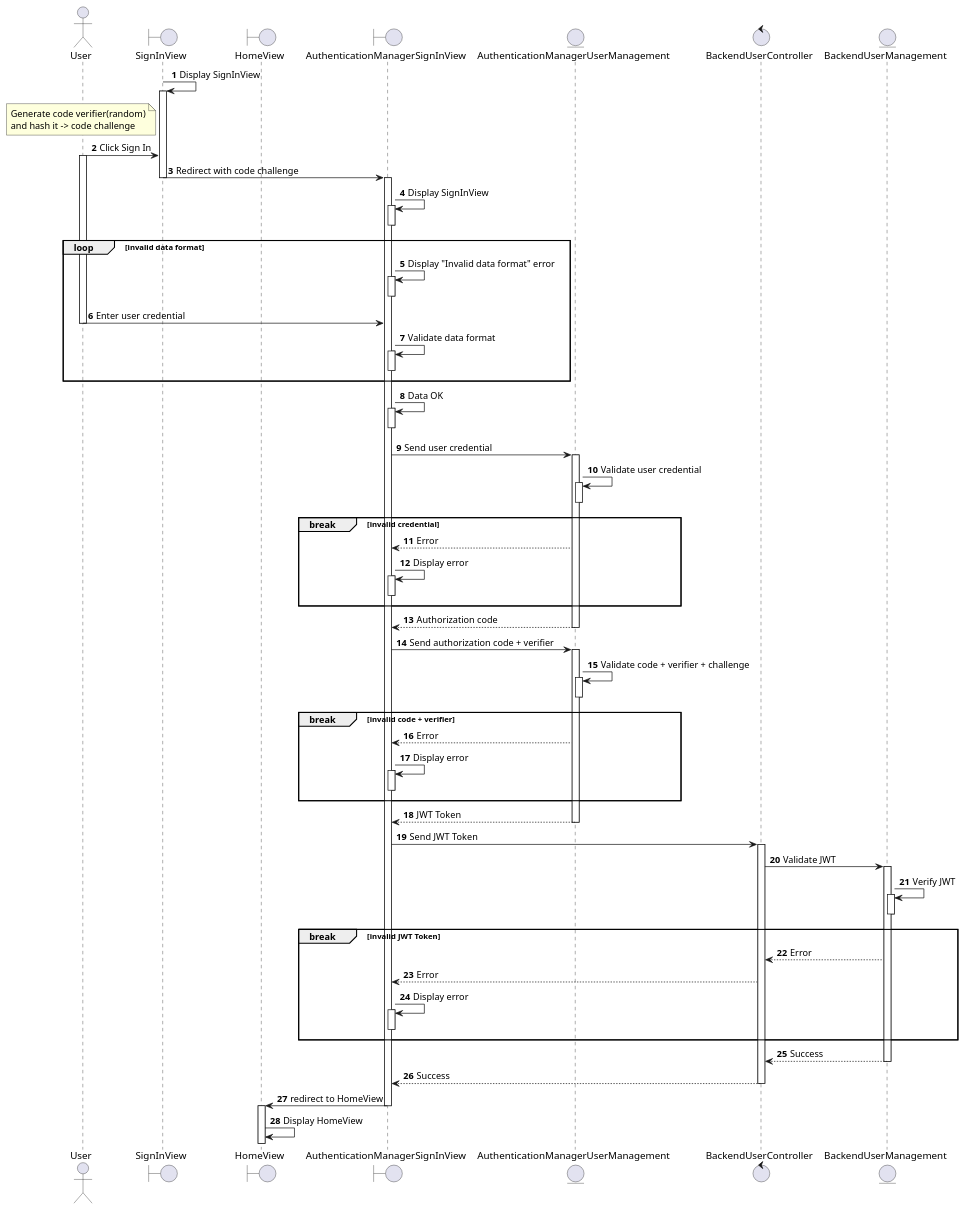
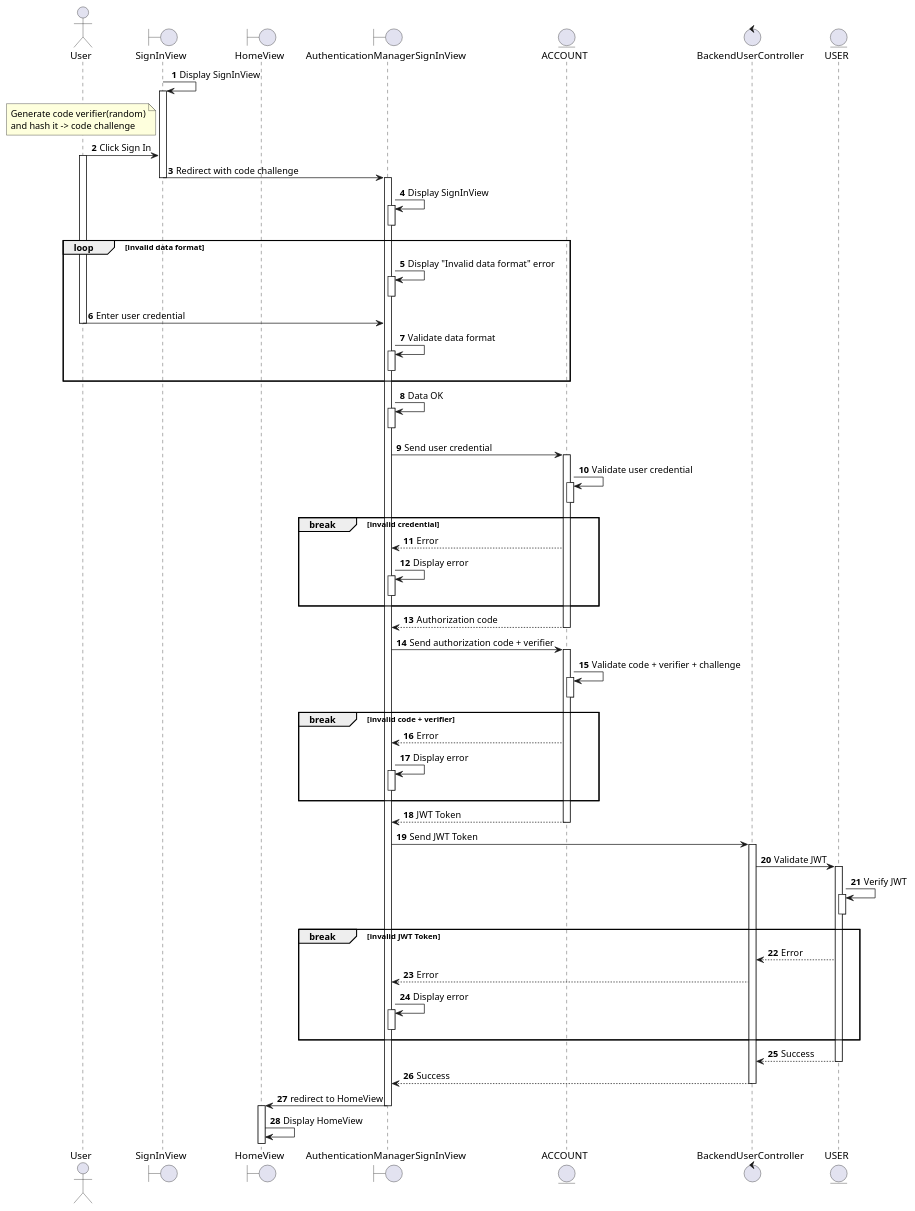
One commit to electricilies/electricilies.github.io changed the diagram in docs/docs/sequence/auth/sign-in.md. Above: the diagram before and after it, drawn with PlantUML. The commit also changed 1 other file, not shown here.

Commit message:
fix(sign-up,sign-in): rename entity

```diff
--- a/docs/docs/sequence/auth/sign-in.md
+++ b/docs/docs/sequence/auth/sign-in.md
@@ -8,9 +8,9 @@
 boundary SignInView as SIV
 boundary HomeView as HV
 boundary AuthenticationManagerSignInView as AMSIV
-entity AuthenticationManagerUserManagement as AMUM
+entity ACCOUNT as A
 control BackendUserController as BUC
-entity BackendUserManagement as BUM
+entity USER as US
 
 SIV -> SIV: Display SignInView
 activate SIV
@@ -35,62 +35,64 @@
   activate AMSIV
   deactivate AMSIV
 end
+
 AMSIV -> AMSIV: Data OK
 activate AMSIV
 deactivate AMSIV
-AMSIV -> AMUM: Send user credential
-activate AMUM
 
-AMUM -> AMUM: Validate user credential
-activate AMUM
-deactivate AMUM
+AMSIV -> A: Send user credential
+activate A
+
+A -> A: Validate user credential
+activate A
+deactivate A
 
 break invalid credential
-  AMSIV <-- AMUM: Error
+  AMSIV <-- A: Error
   AMSIV -> AMSIV: Display error
   activate AMSIV
   deactivate AMSIV
   deactivate U
 end
-AMSIV <-- AMUM: Authorization code
-deactivate AMUM
 
-AMSIV -> AMUM: Send authorization code + verifier
-activate AMUM
-AMUM -> AMUM: Validate code + verifier + challenge
-activate AMUM
-deactivate AMUM
+AMSIV <-- A: Authorization code
+deactivate A
+
+AMSIV -> A: Send authorization code + verifier
+activate A
+A -> A: Validate code + verifier + challenge
+activate A
+deactivate A
 
 break invalid code + verifier
-  AMSIV <-- AMUM: Error
+  AMSIV <-- A: Error
   AMSIV -> AMSIV: Display error
   activate AMSIV
   deactivate AMSIV
 end
 
-AMSIV <-- AMUM: JWT Token
-deactivate AMUM
+AMSIV <-- A: JWT Token
+deactivate A
 
 AMSIV -> BUC: Send JWT Token
-
 activate BUC
 
-BUC -> BUM: Validate JWT
-activate BUM
-BUM -> BUM: Verify JWT
-activate BUM
-deactivate BUM
+BUC -> US: Validate JWT
+activate US
+US -> US: Verify JWT
+activate US
+deactivate US
 
 break invalid JWT Token
-  BUC <-- BUM: Error
+  BUC <-- US: Error
   AMSIV <-- BUC: Error
   AMSIV -> AMSIV: Display error
   activate AMSIV
   deactivate AMSIV
 end
 
-BUC <-- BUM: Success
-deactivate BUM
+BUC <-- US: Success
+deactivate US
 AMSIV <-- BUC: Success
 deactivate BUC
 HV <- AMSIV: redirect to HomeView
```
